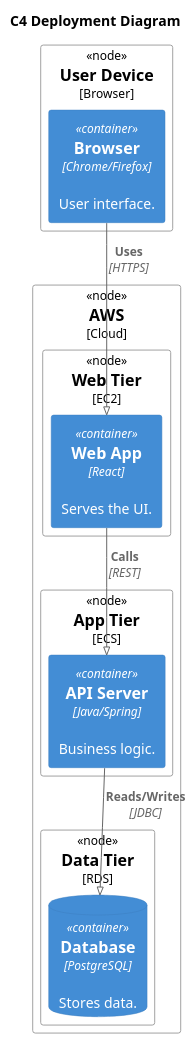
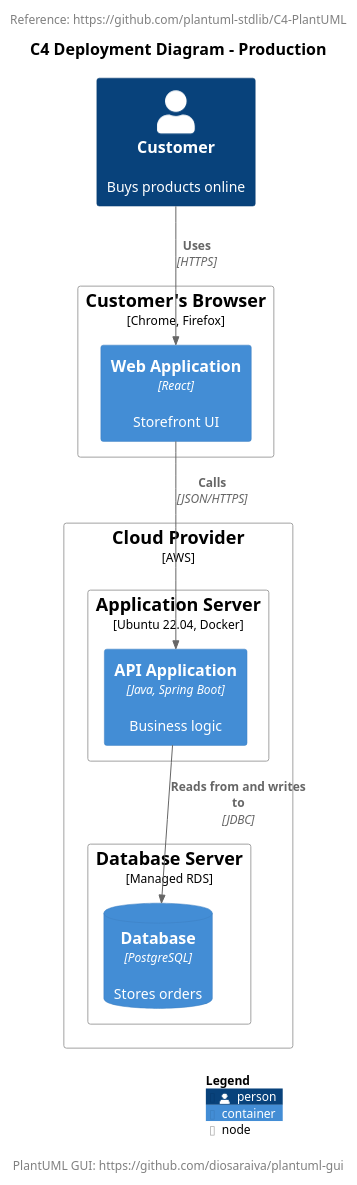
Before and after one commit to diosaraiva/plantuml-gui: the diagram in plantuml-gui-java/src/main/resources/plantuml/samples/c4_deployment.puml, drawn with PlantUML. The commit also changed 68 other files, not shown here.

```diff
--- a/plantuml-gui-java/src/main/resources/plantuml/samples/c4_deployment.puml
+++ b/plantuml-gui-java/src/main/resources/plantuml/samples/c4_deployment.puml
@@ -1,29 +1,63 @@
 @startuml
-!pragma layout smetana
+' ---- Customizations ----
+<style>
+title {
+  HorizontalAlignment center
+  FontSize 16
+  FontColor black
+}
+
+header {
+  HorizontalAlignment center
+  FontSize 12
+  FontColor gray
+}
+
+footer {
+  HorizontalAlignment center
+  FontSize 12
+  FontColor gray
+}
+
+legend {
+  FontSize 12
+  BackGroundColor white
+}
+
+caption {
+  FontSize 32
+}
+</style>
+
+header Reference: https://github.com/plantuml-stdlib/C4-PlantUML
+
+footer PlantUML GUI: https://github.com/diosaraiva/plantuml-gui 
+
+title C4 Deployment Diagram - Production
+
+' ---- Includes ----
 !include <C4/C4_Deployment>
 
-title C4 Deployment Diagram
+' ---- Elements ----
+Person(customer, "Customer", "Buys products online")
 
-' ---- Elements ----
-Deployment_Node(cloud, "AWS", "Cloud") {
-  Deployment_Node(web_tier, "Web Tier", "EC2") {
-    Container(web, "Web App", "React", "Serves the UI.")
+Deployment_Node(browser, "Customer's Browser", "Chrome, Firefox") {
+  Container(spa, "Web Application", "React", "Storefront UI")
+}
+
+Deployment_Node(cloud, "Cloud Provider", "AWS") {
+  Deployment_Node(app, "Application Server", "Ubuntu 22.04, Docker") {
+    Container(api, "API Application", "Java, Spring Boot", "Business logic")
   }
-  Deployment_Node(app_tier, "App Tier", "ECS") {
-    Container(api, "API Server", "Java/Spring", "Business logic.")
-  }
-  Deployment_Node(data_tier, "Data Tier", "RDS") {
-    ContainerDb(db, "Database", "PostgreSQL", "Stores data.")
+  Deployment_Node(dbnode, "Database Server", "Managed RDS") {
+    ContainerDb(db, "Database", "PostgreSQL", "Stores orders")
   }
 }
 
-Deployment_Node(user_device, "User Device", "Browser") {
-  Container(browser, "Browser", "Chrome/Firefox", "User interface.")
-}
+Rel(customer, spa, "Uses", "HTTPS")
+Rel(spa, api, "Calls", "JSON/HTTPS")
+Rel(api, db, "Reads from and writes to", "JDBC")
 
-' ---- Relations ----
-Rel(browser, web, "Uses", "HTTPS")
-Rel(web, api, "Calls", "REST")
-Rel(api, db, "Reads/Writes", "JDBC")
+SHOW_LEGEND()
 
 @enduml
```
